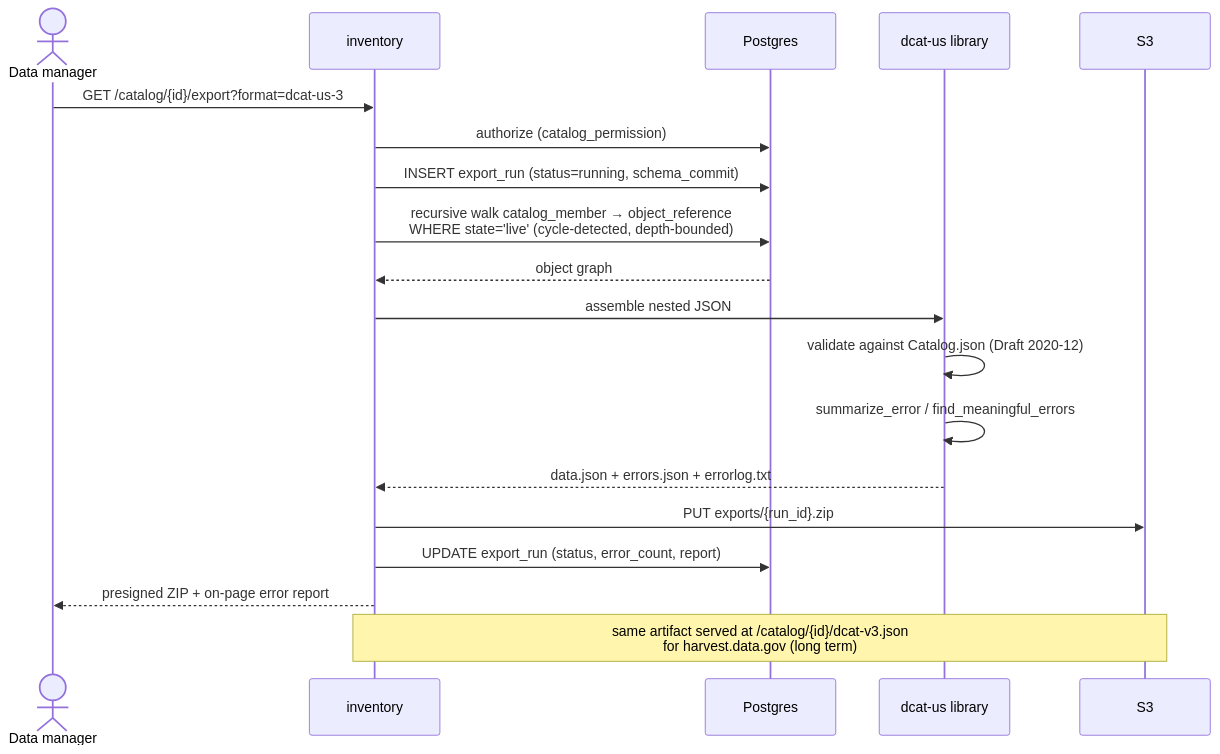
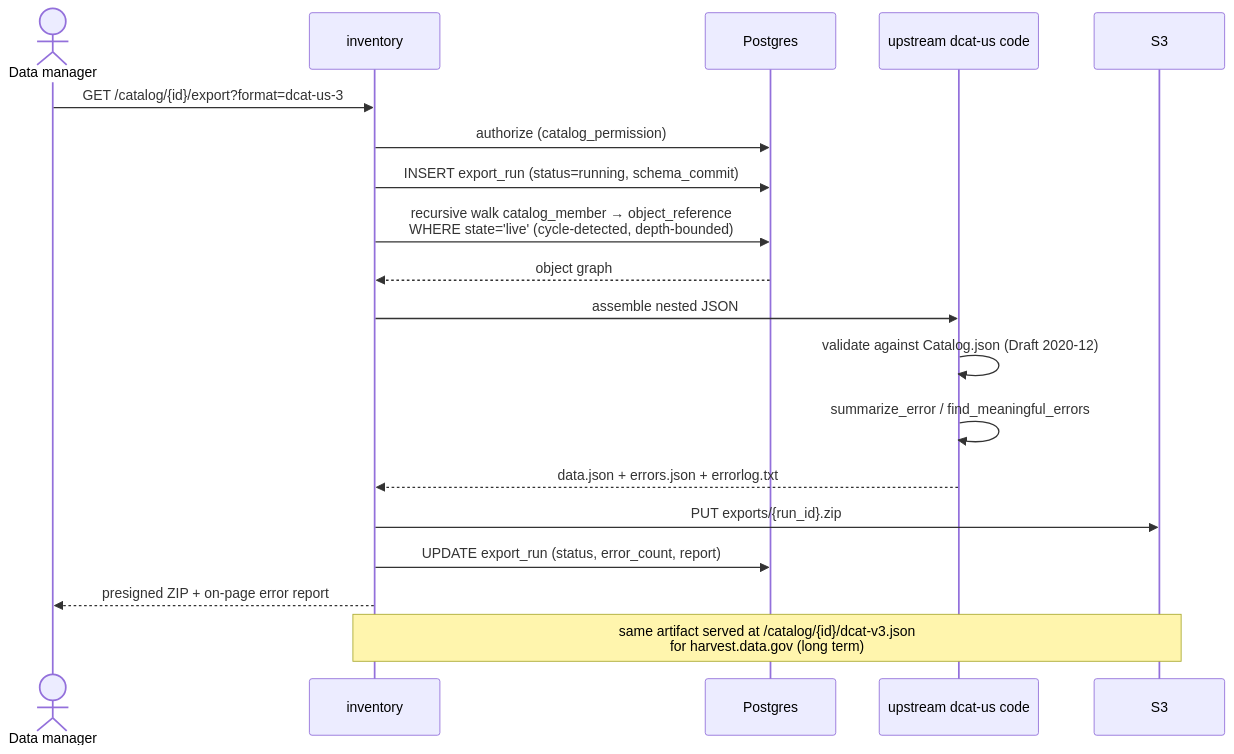
One commit to GSA/datagov-inventory changed the fourth of 7 diagrams in docs/architecture.md. Above: the diagram before and after it, drawn with Mermaid. The commit also changed other lines of this file and 6 other files, not shown here.

Commit message:
Add ADR - how to pin upstream dcat-us

````diff
--- a/docs/architecture.md
+++ b/docs/architecture.md
@@ -373,22 +362,22 @@
 ```mermaid
 sequenceDiagram
     actor U as Data manager
     participant W as inventory
     participant DB as Postgres
-    participant V as dcat-us library
+    participant V as upstream dcat-us code
     participant S3
 
     U->>W: GET /catalog/{id}/export?format=dcat-us-3
     W->>DB: authorize (catalog_permission)
     W->>DB: INSERT export_run (status=running, schema_commit)
     W->>DB: recursive walk catalog_member → object_reference<br/>WHERE state='live' (cycle-detected, depth-bounded)
     DB-->>W: object graph
     W->>V: assemble nested JSON
     V->>V: validate against Catalog.json (Draft 2020-12)
     V->>V: summarize_error / find_meaningful_errors
     V-->>W: data.json + errors.json + errorlog.txt
     W->>S3: PUT exports/{run_id}.zip
     W->>DB: UPDATE export_run (status, error_count, report)
     W-->>U: presigned ZIP + on-page error report
     Note over W,S3: same artifact served at /catalog/{id}/dcat-v3.json<br/>for harvest.data.gov (long term)
 ```
````
